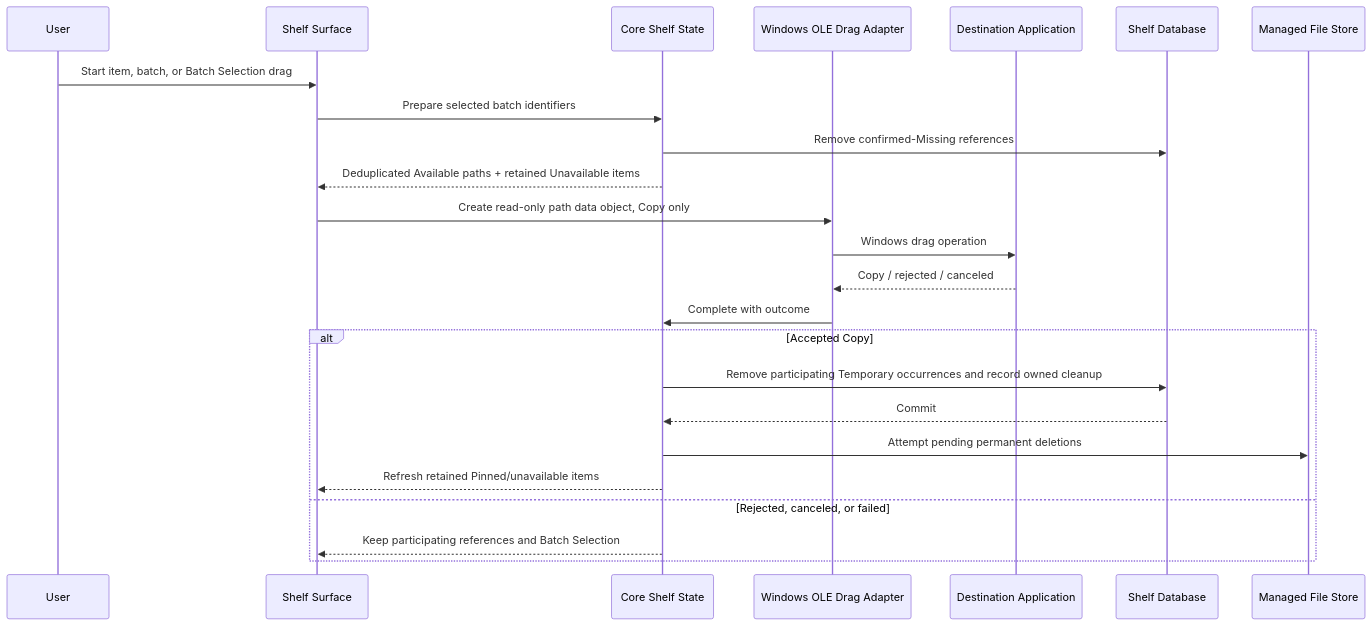
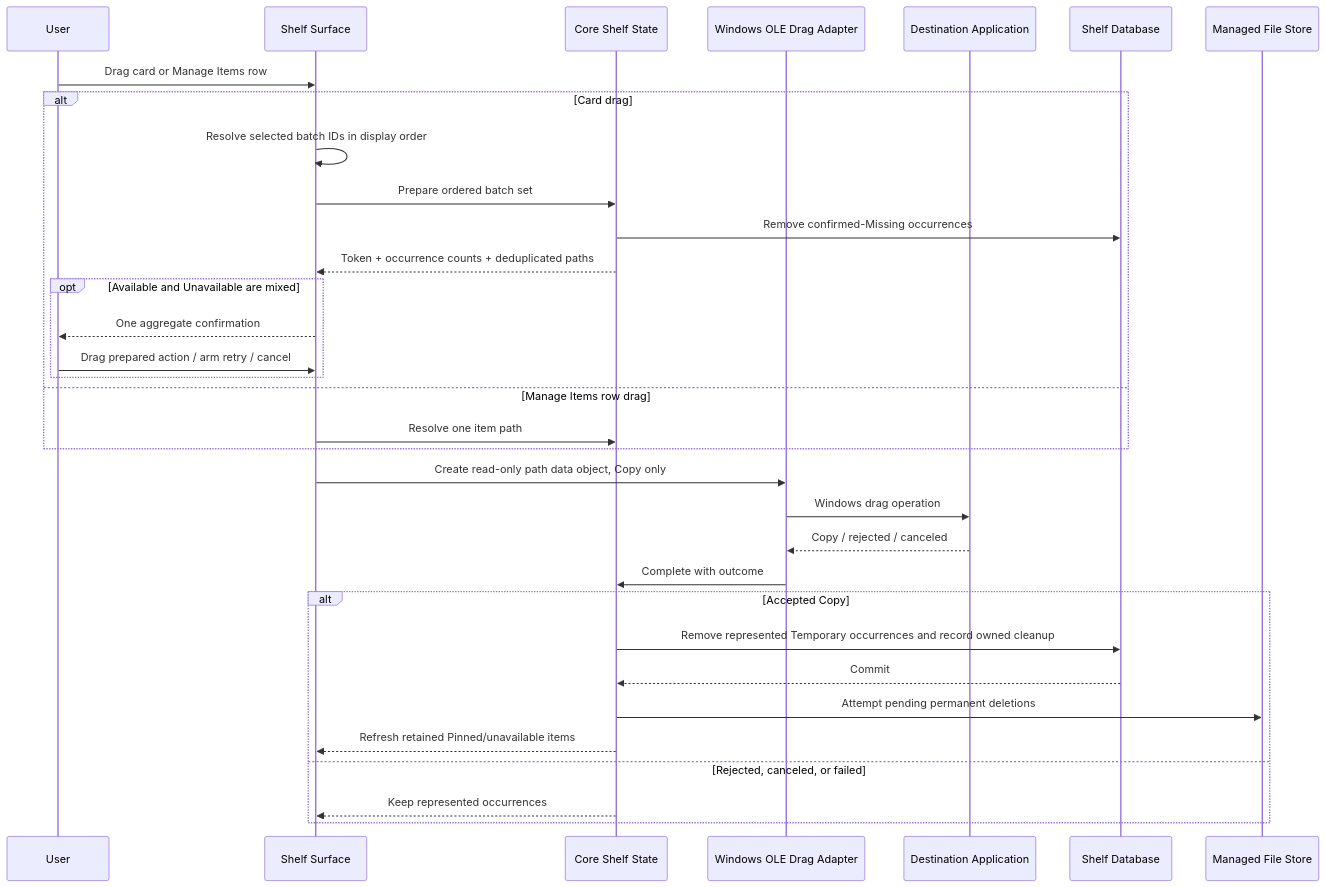
The eighth of 9 diagrams in docs/ARCHITECTURE.md (HungNth/DropCove), drawn with Mermaid before and after one commit. The commit also changed other lines of this file and 32 other files, not shown here.

Commit message:
feat(shelf): add multi-batch selection and drag-out for 0.0.25

````diff
--- a/docs/ARCHITECTURE.md
+++ b/docs/ARCHITECTURE.md
@@ -341,27 +341,36 @@
 ```mermaid
 sequenceDiagram
     participant User
     participant Surface as Shelf Surface
     participant State as Core Shelf State
     participant Adapter as Windows OLE Drag Adapter
     participant Target as Destination Application
     participant DB as Shelf Database
     participant Files as Managed File Store
 
-    User->>Surface: Start item, batch, or Batch Selection drag
-    Surface->>State: Prepare selected batch identifiers
-    State->>DB: Remove confirmed-Missing references
-    State-->>Surface: Deduplicated Available paths + retained Unavailable items
+    User->>Surface: Drag card or Manage Items row
+    alt Card drag
+        Surface->>Surface: Resolve selected batch IDs in display order
+        Surface->>State: Prepare ordered batch set
+        State->>DB: Remove confirmed-Missing occurrences
+        State-->>Surface: Token + occurrence counts + deduplicated paths
+        opt Available and Unavailable are mixed
+            Surface-->>User: One aggregate confirmation
+            User->>Surface: Drag prepared action / arm retry / cancel
+        end
+    else Manage Items row drag
+        Surface->>State: Resolve one item path
+    end
     Surface->>Adapter: Create read-only path data object, Copy only
     Adapter->>Target: Windows drag operation
     Target-->>Adapter: Copy / rejected / canceled
     Adapter->>State: Complete with outcome
     alt Accepted Copy
-        State->>DB: Remove participating Temporary occurrences and record owned cleanup
+        State->>DB: Remove represented Temporary occurrences and record owned cleanup
         DB-->>State: Commit
         State->>Files: Attempt pending permanent deletions
         State-->>Surface: Refresh retained Pinned/unavailable items
     else Rejected, canceled, or failed
-        State-->>Surface: Keep participating references and Batch Selection
+        State-->>Surface: Keep represented occurrences
     end
 ```
````
